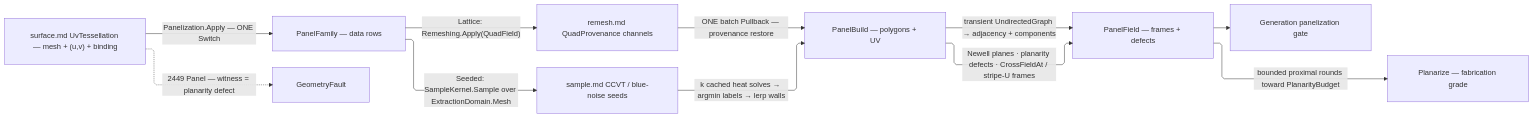
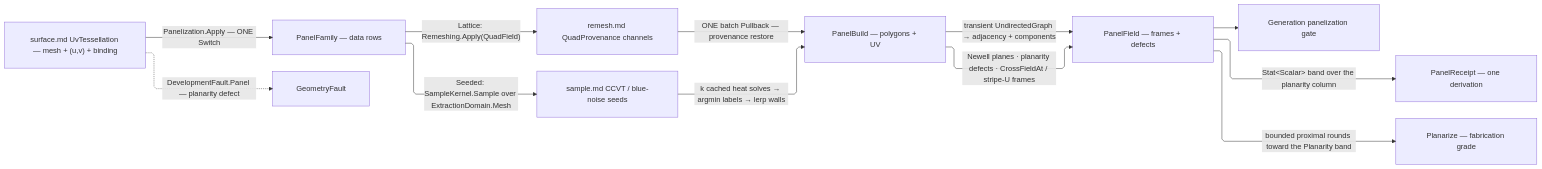
Before and after one commit to bsamiee/Rasm: the diagram in libs/csharp/Rasm/.planning/Parametric/panelize.md, drawn with Mermaid. The commit also changed other lines of this file and 818 other files, not shown here.

````diff
--- a/libs/csharp/Rasm/.planning/Parametric/panelize.md
+++ b/libs/csharp/Rasm/.planning/Parametric/panelize.md
@@ -647,22 +659,23 @@
 ```mermaid
 ---
 config:
   layout: elk
   flowchart:
     curve: linear
     padding: 25
 ---
 flowchart LR
     accTitle: Panelization flow
     accDescr: PanelOp folds seeds through the cross-field remesh and pullback into the PanelField SoA wire with frames, planarity, adjacency, component, shape-class, and flip-parity columns.
     UvT["surface.md UvTessellation — mesh + (u,v) + binding"] -->|"Panelization.Apply — ONE Switch"| Family["PanelFamily — data rows"]
     Family -->|"Lattice: Remeshing.Apply(QuadField)"| Remesh["remesh.md QuadProvenance channels"]
     Remesh -->|"ONE batch Pullback — provenance restore"| Build["PanelBuild — polygons + UV"]
     Family -->|"Seeded: SampleKernel.Sample over ExtractionDomain.Mesh"| Seeds["sample.md CCVT / blue-noise seeds"]
     Seeds -->|"k cached heat solves → argmin labels → lerp walls"| Build
     Build -->|"Newell planes · planarity defects · CrossFieldAt / stripe-U frames"| Field["PanelField — frames + defects"]
     Build -->|"transient UndirectedGraph → adjacency + components"| Field
-    Field -->|"bounded proximal rounds toward PlanarityBudget"| Planar["Planarize — fabrication grade"]
+    Field -->|"Stat&lt;Scalar&gt; band over the planarity column"| Receipt["PanelReceipt — one derivation"]
+    Field -->|"bounded proximal rounds toward the Planarity band"| Planar["Planarize — fabrication grade"]
     Field --> Gate["Generation panelization gate"]
-    UvT -.->|"2449 Panel — witness = planarity defect"| GeometryFault
+    UvT -.->|"DevelopmentFault.Panel — planarity defect"| GeometryFault
 ```
````
